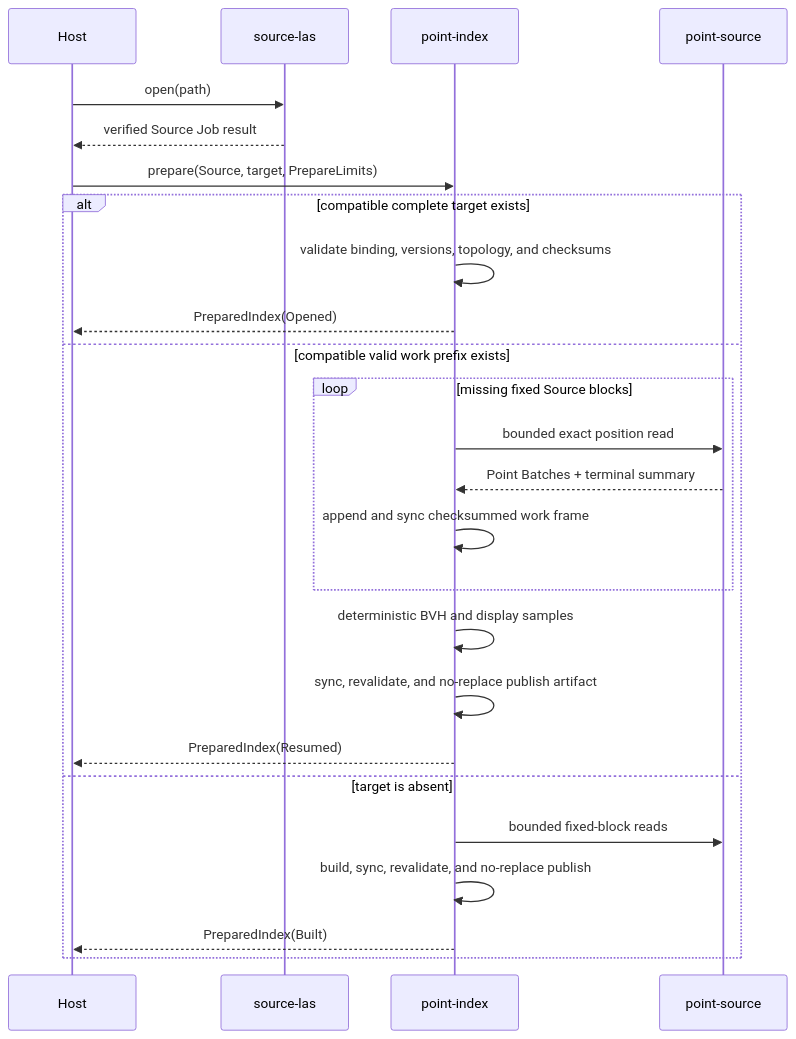
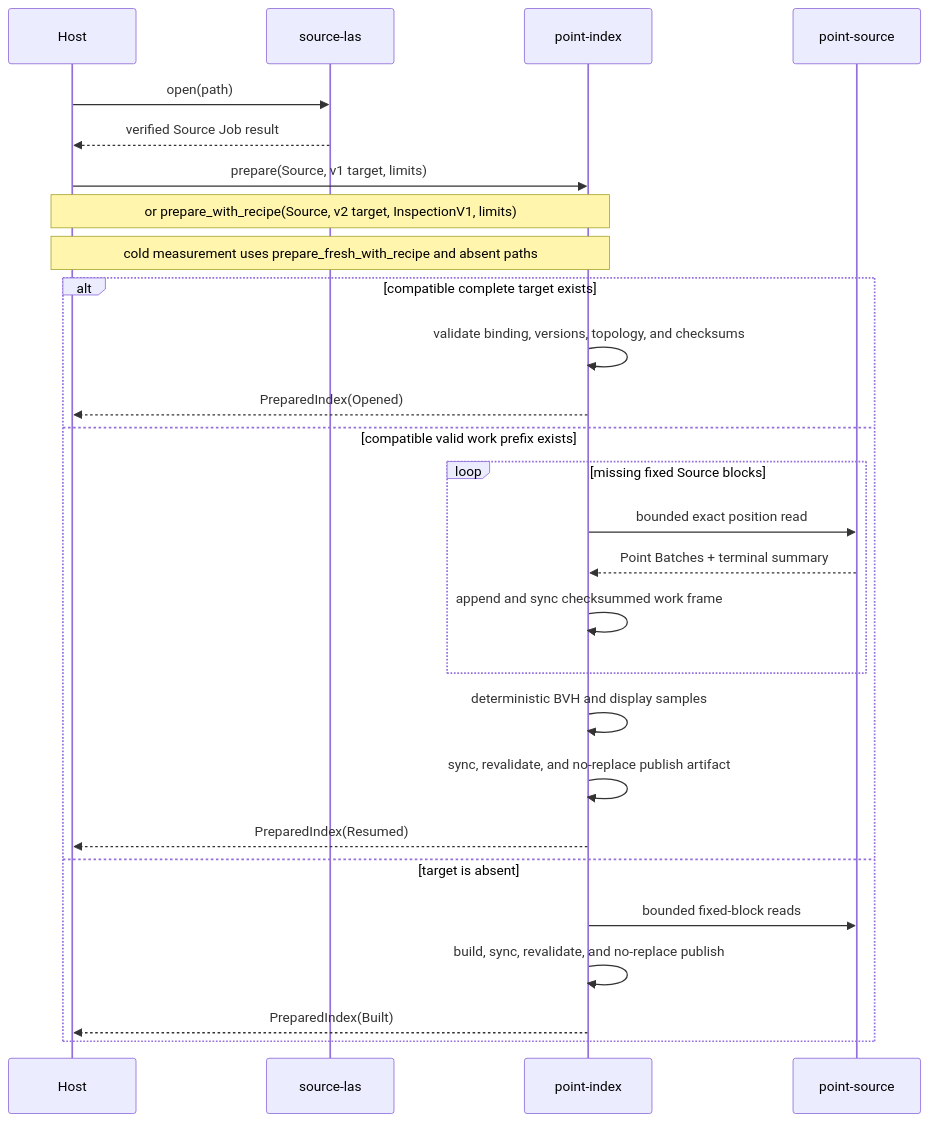
Before and after one commit to xxibcill/punctra: the first of 12 diagrams in docs/architecture/workflows.md, drawn with Mermaid. The commit also changed other lines of this file and 124 other files, not shown here.

```diff
--- a/docs/architecture/workflows.md
+++ b/docs/architecture/workflows.md
@@ -12,29 +15,31 @@
 ~~~mermaid
 sequenceDiagram
     participant HOST as Host
     participant LAS as source-las
     participant IDX as point-index
     participant SRC as point-source
 
     HOST->>LAS: open(path)
     LAS-->>HOST: verified Source Job result
-    HOST->>IDX: prepare(Source, target, PrepareLimits)
+    HOST->>IDX: prepare(Source, v1 target, limits)
+    Note over HOST,IDX: or prepare_with_recipe(Source, v2 target, InspectionV1, limits)
+    Note over HOST,IDX: cold measurement uses prepare_fresh_with_recipe and absent paths
 
     alt compatible complete target exists
         IDX->>IDX: validate binding, versions, topology, and checksums
         IDX-->>HOST: PreparedIndex(Opened)
     else compatible valid work prefix exists
         loop missing fixed Source blocks
             IDX->>SRC: bounded exact position read
             SRC-->>IDX: Point Batches + terminal summary
             IDX->>IDX: append and sync checksummed work frame
         end
         IDX->>IDX: deterministic BVH and display samples
         IDX->>IDX: sync, revalidate, and no-replace publish artifact
         IDX-->>HOST: PreparedIndex(Resumed)
     else target is absent
         IDX->>SRC: bounded fixed-block reads
         IDX->>IDX: build, sync, revalidate, and no-replace publish
         IDX-->>HOST: PreparedIndex(Built)
     end
 ~~~
```
